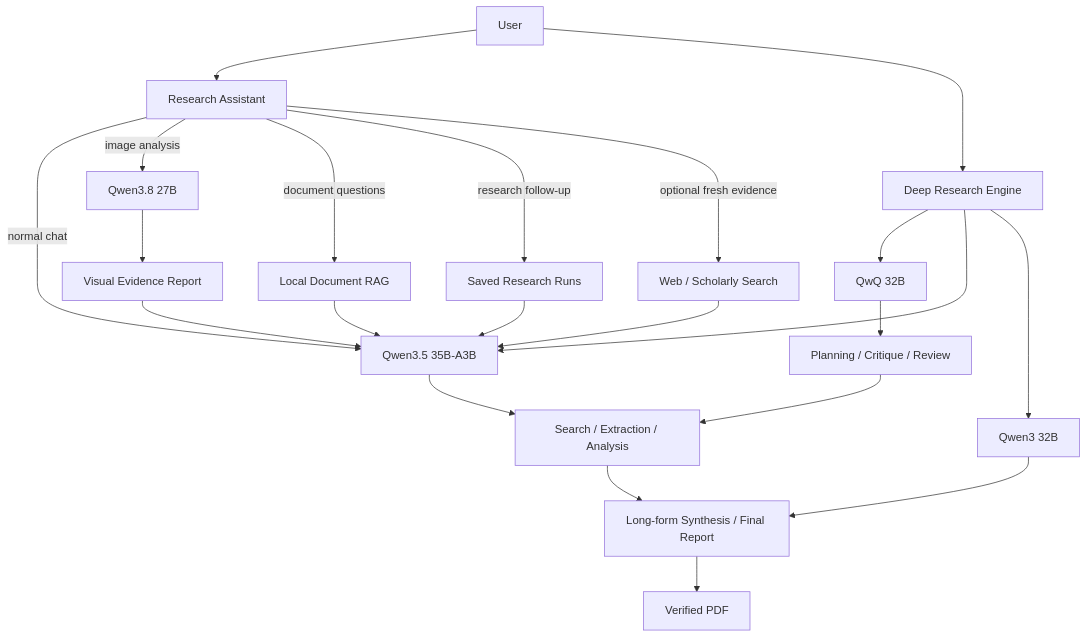
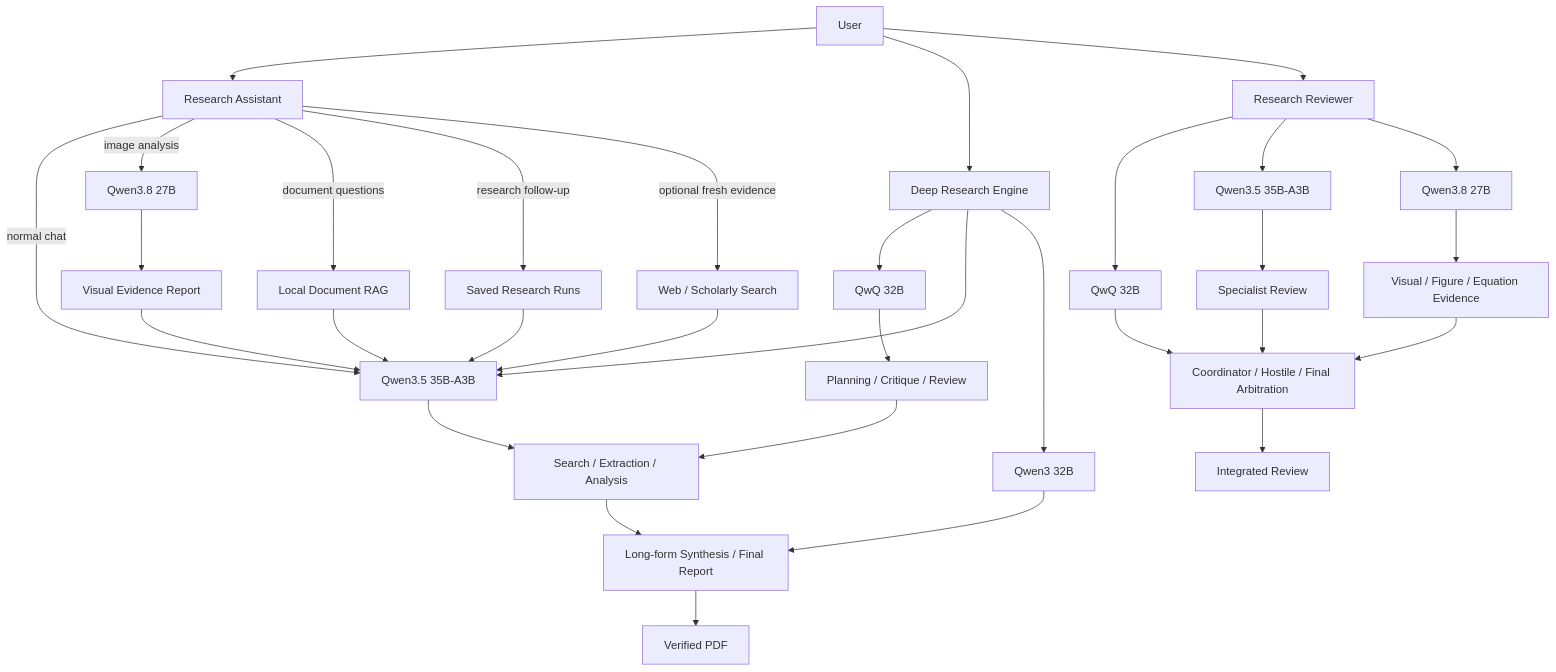
Before and after one commit to CRB20/deep_research_engine: the first of 16 diagrams in README.md, drawn with Mermaid. The commit also changed other lines of this file, not shown here.

````diff
--- a/README.md
+++ b/README.md
@@ -73,30 +137,41 @@
 ```mermaid
 flowchart TB
     U[User] --> RA[Research Assistant]
     U --> DRE[Deep Research Engine]
+    U --> RR[Research Reviewer]
 
     RA -->|normal chat| Q35[Qwen3.5 35B-A3B]
     RA -->|image analysis| VISION[Qwen3.8 27B]
     RA -->|document questions| RAG[Local Document RAG]
     RA -->|research follow-up| DB[Saved Research Runs]
     RA -->|optional fresh evidence| WEB[Web / Scholarly Search]
 
     VISION --> VE[Visual Evidence Report]
     VE --> Q35
 
     RAG --> Q35
     DB --> Q35
     WEB --> Q35
 
     DRE --> QWQ[QwQ 32B]
     DRE --> Q35
     DRE --> QWEN32[Qwen3 32B]
 
     QWQ --> PLAN[Planning / Critique / Review]
     Q35 --> DISC[Search / Extraction / Analysis]
     QWEN32 --> SYNTH[Long-form Synthesis / Final Report]
 
     PLAN --> DISC
     DISC --> SYNTH
     SYNTH --> PDF[Verified PDF]
+
+    RR --> QWQR[QwQ 32B]
+    RR --> Q35R[Qwen3.5 35B-A3B]
+    RR --> Q38R[Qwen3.8 27B]
+    QWQR --> COORD[Coordinator / Hostile / Final Arbitration]
+    Q35R --> SPEC[Specialist Review]
+    Q38R --> VIS[Visual / Figure / Equation Evidence]
+    SPEC --> COORD
+    VIS --> COORD
+    COORD --> REVIEW[Integrated Review]
 ```
````
